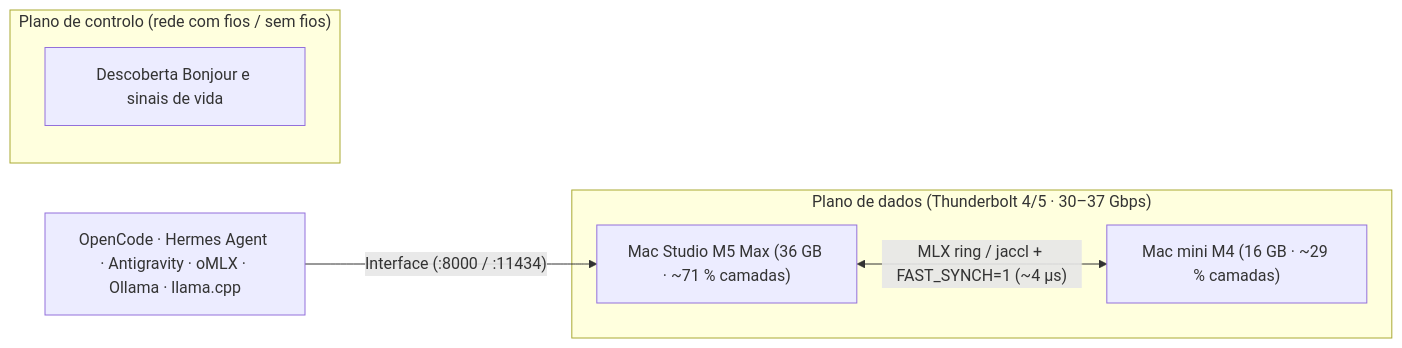
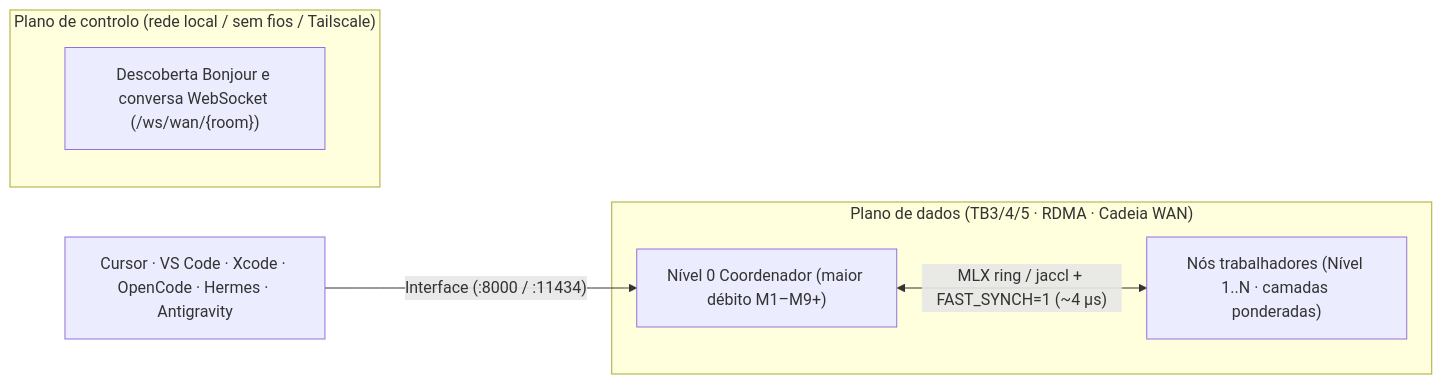
One commit to SonnerStudio/SonnerStudio-Cluster-Case-Companion changed the diagram in README.pt.md. Above: the diagram before and after it, drawn with Mermaid. The commit also changed other lines of this file and 7 other files, not shown here.

Commit message:
Update all 5 READMEs with Internet Cluster & Chat, Roofline, M1-M9+, and new promotional graphics

````diff
--- a/README.pt.md
+++ b/README.pt.md
@@ -38,10 +55,10 @@
 ```mermaid
 flowchart LR
-  Clients["OpenCode · Hermes Agent · Antigravity · oMLX · Ollama · llama.cpp"] -->|"Interface (:8000 / :11434)"| Studio
-  subgraph Control["Plano de controlo (rede com fios / sem fios)"]
-    Discovery["Descoberta Bonjour e sinais de vida"]
+  Clients["Cursor · VS Code · Xcode · OpenCode · Hermes · Antigravity"] -->|"Interface (:8000 / :11434)"| Rank0
+  subgraph Control["Plano de controlo (rede local / sem fios / Tailscale)"]
+    Discovery["Descoberta Bonjour e conversa WebSocket (/ws/wan/{room})"]
   end
-  subgraph Data["Plano de dados (Thunderbolt 4/5 · 30–37 Gbps)"]
-    Studio["Mac Studio M5 Max (36 GB · ~71 % camadas)"] <-->|"MLX ring / jaccl + FAST_SYNCH=1 (~4 µs)"| Mini["Mac mini M4 (16 GB · ~29 % camadas)"]
+  subgraph Data["Plano de dados (TB3/4/5 · RDMA · Cadeia WAN)"]
+    Rank0["Nível 0 Coordenador (maior débito M1–M9+)"] <-->|"MLX ring / jaccl + FAST_SYNCH=1 (~4 µs)"| Workers["Nós trabalhadores (Nível 1..N · camadas ponderadas)"]
   end
 ```
````
